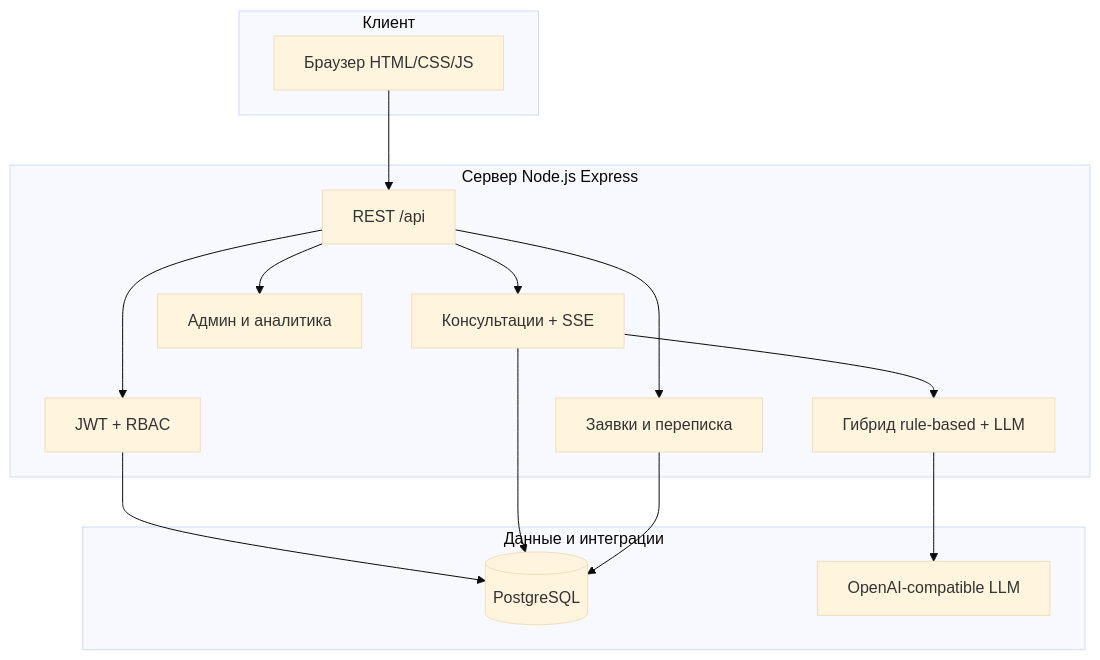
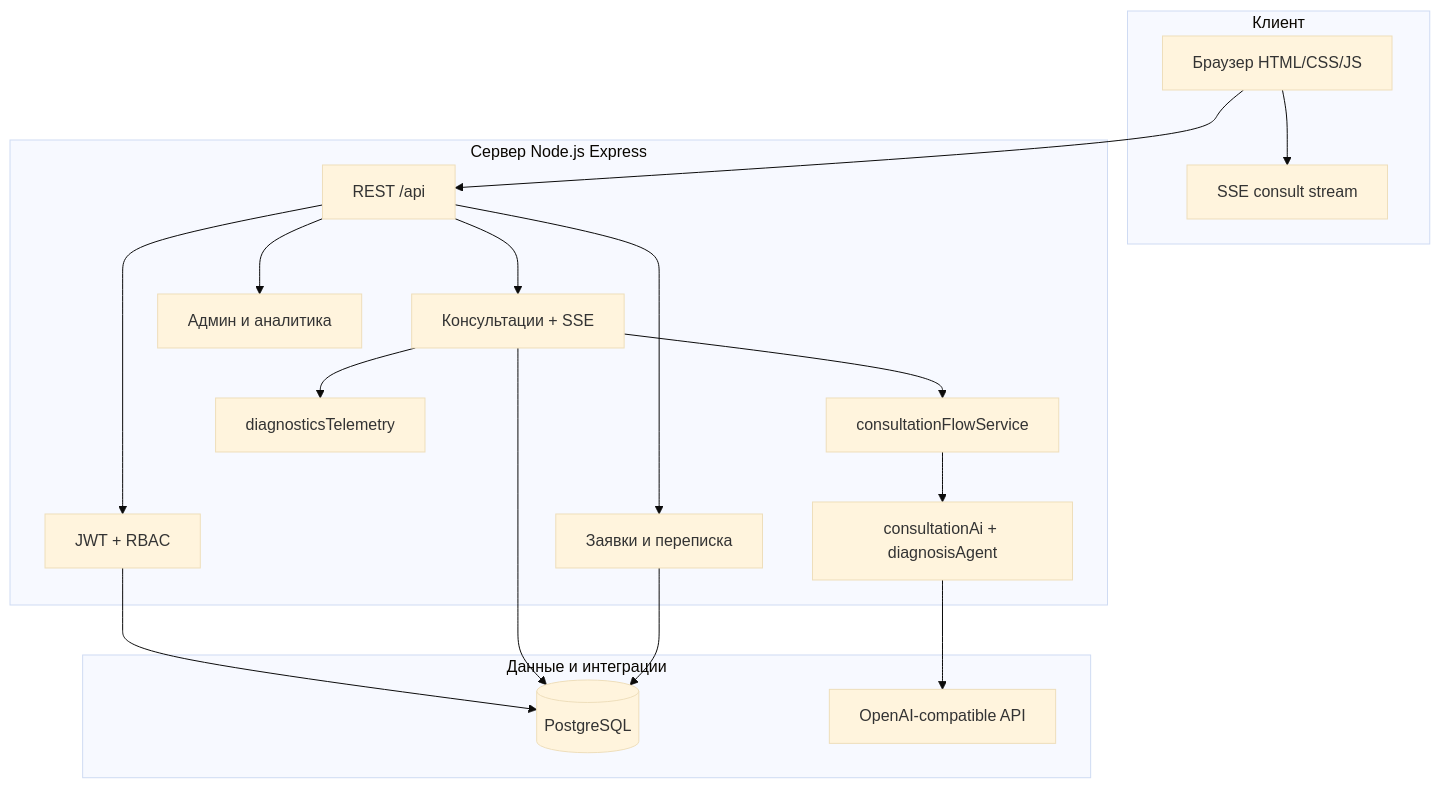
Before and after one commit to Nikityanskiy01/car-service-ai-assistant: the diagram in docs/architecture.md, drawn with Mermaid (base theme). The commit also changed other lines of this file and 95 other files, not shown here.

````diff
--- a/docs/architecture.md
+++ b/docs/architecture.md
@@ -7,28 +7,34 @@
 ```mermaid
 flowchart TB
   subgraph client [Клиент]
     Browser[Браузер HTML/CSS/JS]
+    SSE[SSE consult stream]
   end
   subgraph server [Сервер Node.js Express]
     API[REST /api]
     Auth[JWT + RBAC]
     Consult[Консультации + SSE]
-    AI[Гибрид rule-based + LLM]
+    Flow[consultationFlowService]
+    AI[consultationAi + diagnosisAgent]
+    Tel[diagnosticsTelemetry]
     SR[Заявки и переписка]
     Admin[Админ и аналитика]
   end
   subgraph data [Данные и интеграции]
     PG[(PostgreSQL)]
-    LLM[OpenAI-compatible LLM]
+    LLM[OpenAI-compatible API]
   end
   Browser --> API
+  Browser --> SSE
   API --> Auth
   API --> Consult
-  Consult --> AI
+  Consult --> Flow
+  Flow --> AI
   AI --> LLM
+  Consult --> Tel
   API --> SR
   API --> Admin
   Auth --> PG
   Consult --> PG
   SR --> PG
 ```
````
